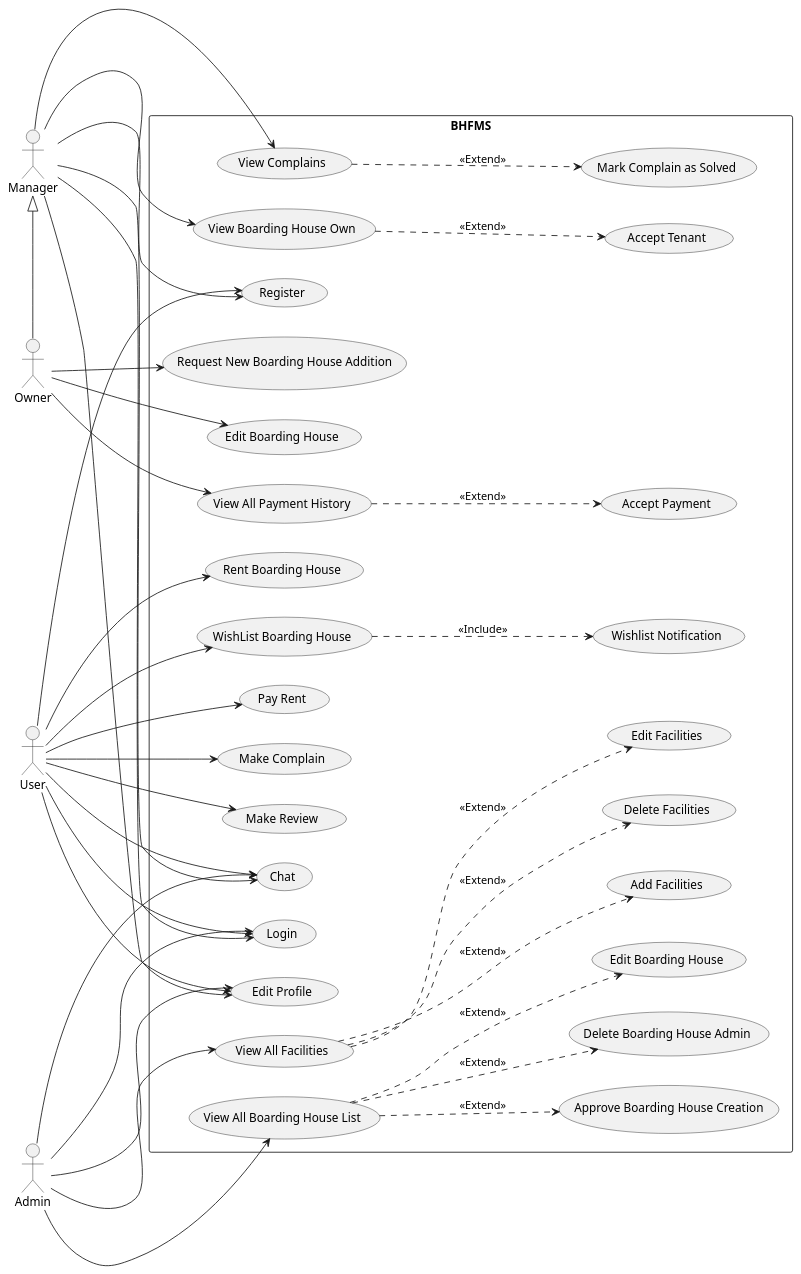
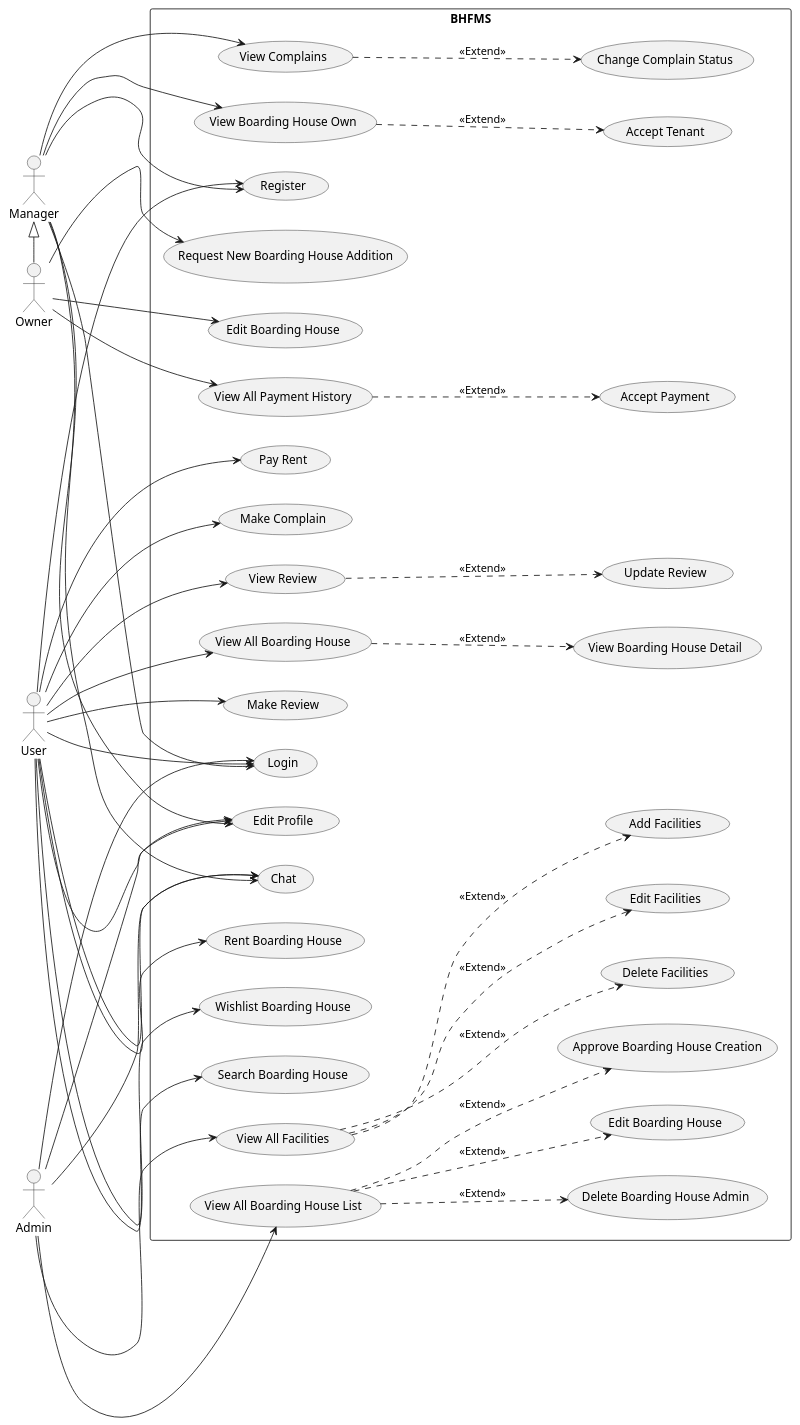
The diagram in Design/BHFMS_USE_Case.puml (AntWort21/BHFMS), drawn with PlantUML before and after one commit. The commit also changed 1 other file, not shown here.

```diff
--- a/Design/BHFMS_USE_Case.puml
+++ b/Design/BHFMS_USE_Case.puml
@@ -1,104 +1,112 @@
 @startuml
 left to right direction
 
 rectangle BHFMS {
     ' General'
     usecase (Chat) as cht
     usecase (Login) as lgn
     usecase (Register) as rgs
     usecase (Edit Profile) as edt_profile
 
     ' Manager'
     usecase (View Complains) as view_cmpln
-    usecase (Mark Complain as Solved) as rply_cmpln
+    usecase (Change Complain Status) as chng_cmpln
     usecase (Accept Tenant) as accept_tenant
     usecase (View Boarding House Own) as view_bh
     
     ' Boarding House Owner'
     usecase (Request New Boarding House Addition) as req_bh
     usecase (Edit Boarding House) as edit_bh
 
     ' User'
     usecase (Rent Boarding House) as rent_bh
-    usecase (WishList Boarding House) as wish_bh
+    usecase (Wishlist Boarding House) as wish_bh
+    usecase (Search Boarding House) as search_bh
     usecase (Pay Rent) as rpymnt
     usecase (Make Complain) as cmpln
-    usecase (Make Review) as rvw
-    usecase (Wishlist Notification) as ntf_wl_bh
+    usecase (Make Review) as mk_rvw
+    usecase (View Review) as vw_rvw
+    usecase (Update Review) as update_rvw
+    usecase (View All Boarding House) as show_bh_all
+    usecase (View Boarding House Detail) as show_bh_detail
 
     ' Supervisor / Admin'
     usecase (View All Boarding House List) as show_bh_admin
     usecase (Rent Boarding House) as rent_bh
     usecase (Delete Boarding House Admin) as del_bh_admin
     usecase (Edit Boarding House) as edit_bh_admin
     usecase (Approve Boarding House Creation) as aprv_bh_admin
 
     'Penamaanny slh bikin bingung'
     usecase (View All Facilities) as show_fcl_admin 
     usecase (Delete Facilities) as del_fcl_admin
     usecase (Edit Facilities) as edit_fcl_admin
     usecase (Add Facilities) as aprv_fcl_admin
     
     usecase (View All Payment History) as view_payment
     usecase (Accept Payment) as accpt_payment
 }
 
 actor :Owner: as own
 actor :User: as user
 actor :Admin: as adm
 actor :Manager: as mngr
 
 
 adm ---> edt_profile
 user ---> edt_profile
 mngr ---> edt_profile
 
 own ---> view_payment
 view_payment ...> accpt_payment: <<Extend>>
 
 mngr <|-right- own
 
 mngr ---> view_bh
 
 adm ---> lgn
 user ---> lgn
 mngr ---> lgn
 
 adm ---> cht
 user ---> cht
 mngr ---> cht
 
 user ---> rgs
 mngr ---> rgs
 
 adm ---> show_bh_admin
 adm ---> show_fcl_admin
 
 user ---> rpymnt
 user ---> rent_bh
 user ---> cmpln
-user ---> rvw
+user ---> mk_rvw
+user ---> vw_rvw
 user ---> wish_bh
-wish_bh ...> ntf_wl_bh: <<Include>>
+user ---> show_bh_all
+user ---> search_bh
+vw_rvw ...> update_rvw: <<Extend>>
+show_bh_all ...> show_bh_detail: <<Extend>>
 
 
 mngr ---> view_cmpln
-view_cmpln ...> rply_cmpln: <<Extend>>
+view_cmpln ...> chng_cmpln: <<Extend>>
 ' mngr ---> view_bh
 
 ' CRUD Boarding House
 ' view_bh ...> req_bh: <<Extend>>
 ' view_bh ...> edit_bh: <<Extend>>
 own ---> edit_bh
 own ---> req_bh
 
 show_bh_admin ...> del_bh_admin: <<Extend>>
 show_bh_admin ...> edit_bh_admin: <<Extend>>
 show_bh_admin ...> aprv_bh_admin: <<Extend>>
 
 show_fcl_admin ...> del_fcl_admin: <<Extend>>
 show_fcl_admin ...> edit_fcl_admin: <<Extend>>
 show_fcl_admin ...> aprv_fcl_admin: <<Extend>>
 
 view_bh ...>  accept_tenant: <<Extend>>
 @enduml
```
